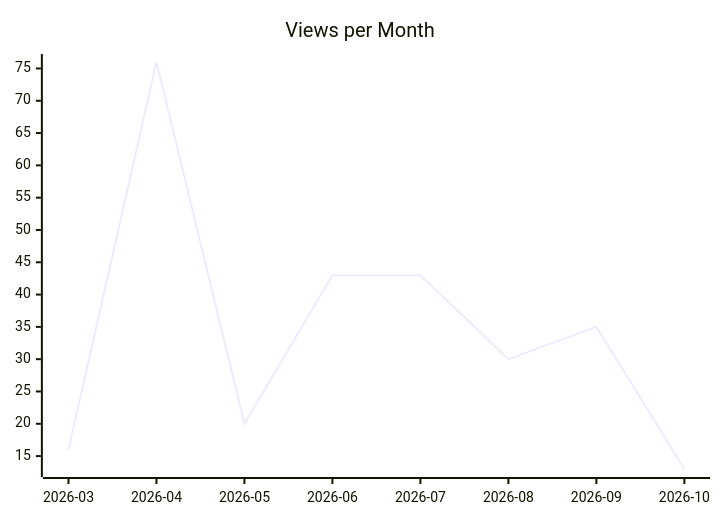
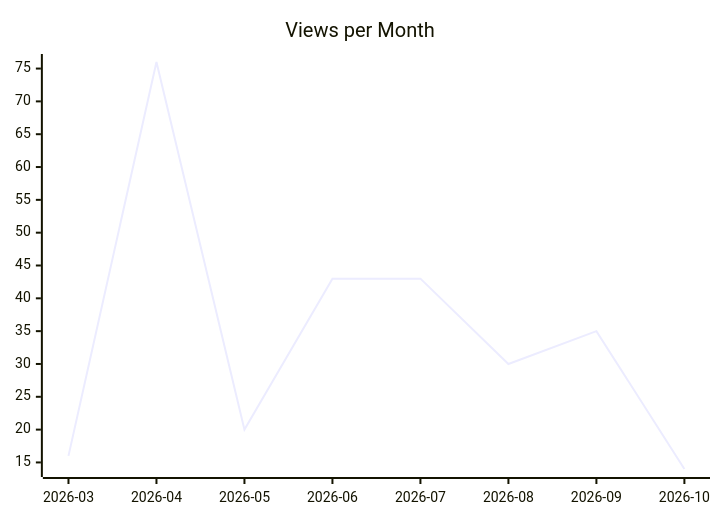
One commit to justdavis-family/github-analytics-data changed the second of 3 diagrams in karlmdavis/ksoap2-android/README.md. Above: the diagram before and after it, drawn with Mermaid. The commit also changed other lines of this file and 198 other files, not shown here.

````diff
--- a/karlmdavis/ksoap2-android/README.md
+++ b/karlmdavis/ksoap2-android/README.md
@@ -12,6 +12,6 @@
 ```mermaid
 xychart-beta
   title "Views per Month"
   x-axis ["2026-03", "2026-04", "2026-05", "2026-06", "2026-07", "2026-08", "2026-09", "2026-10"]
-  line [16, 76, 20, 43, 43, 30, 35, 13]
+  line [16, 76, 20, 43, 43, 30, 35, 14]
 ```
````
